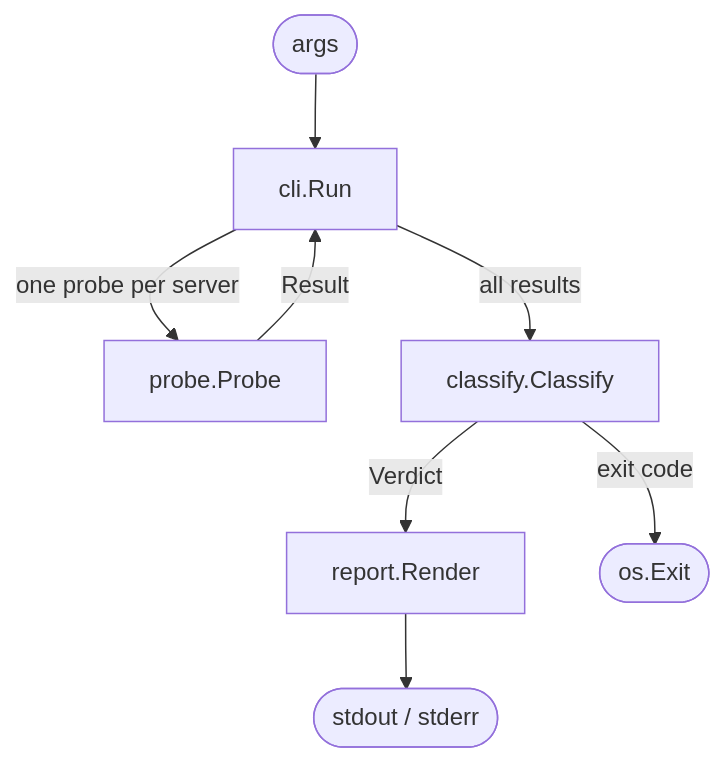
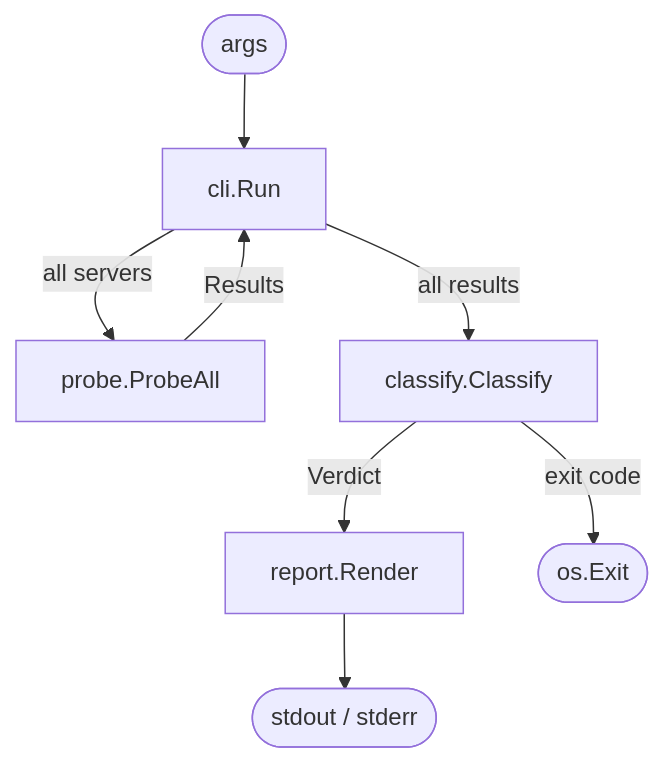
Before and after one commit to 1mb-dev/natcheck: the diagram in docs/design.md, drawn with Mermaid. The commit also changed other lines of this file and 21 other files, not shown here.

````diff
--- a/docs/design.md
+++ b/docs/design.md
@@ -142,10 +140,10 @@
 ```mermaid
 flowchart TD
     args([args]) --> cli[cli.Run]
-    cli -->|one probe per server| probe[probe.Probe]
-    probe -->|Result| cli
+    cli -->|all servers| probe[probe.ProbeAll]
+    probe -->|Results| cli
     cli -->|all results| classify[classify.Classify]
     classify -->|Verdict| report[report.Render]
     report --> out([stdout / stderr])
     classify -->|exit code| ex([os.Exit])
 ```
````
